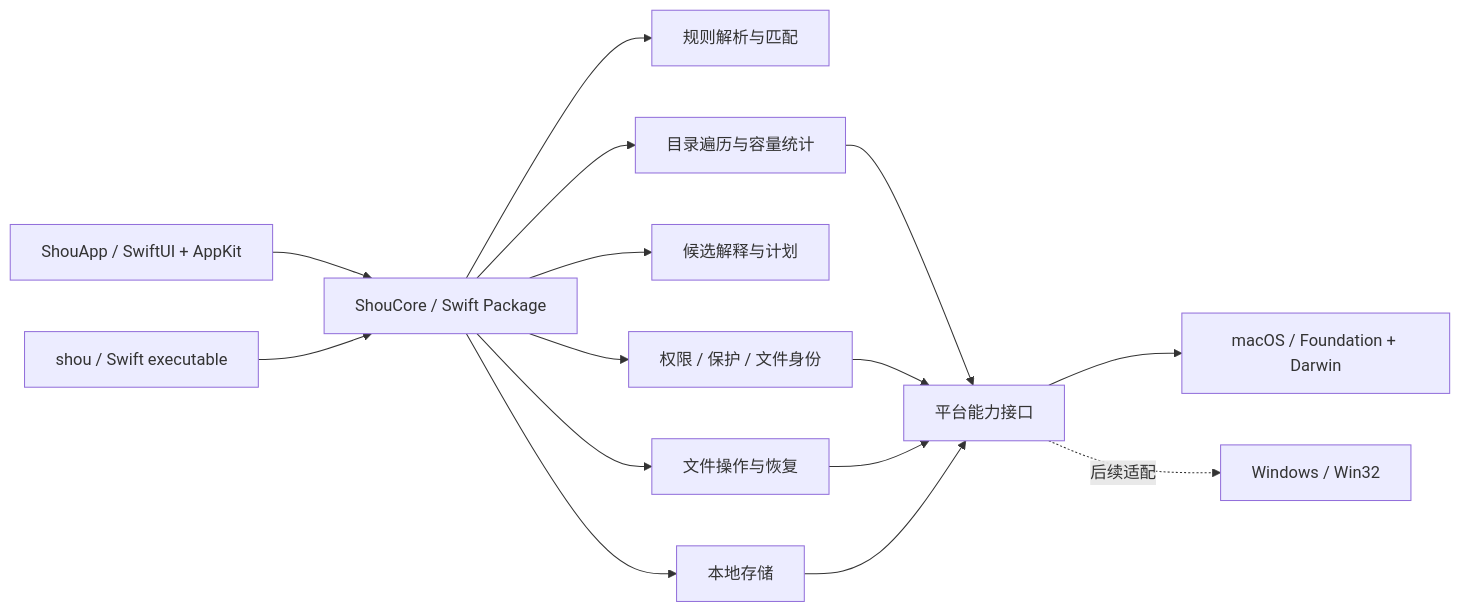
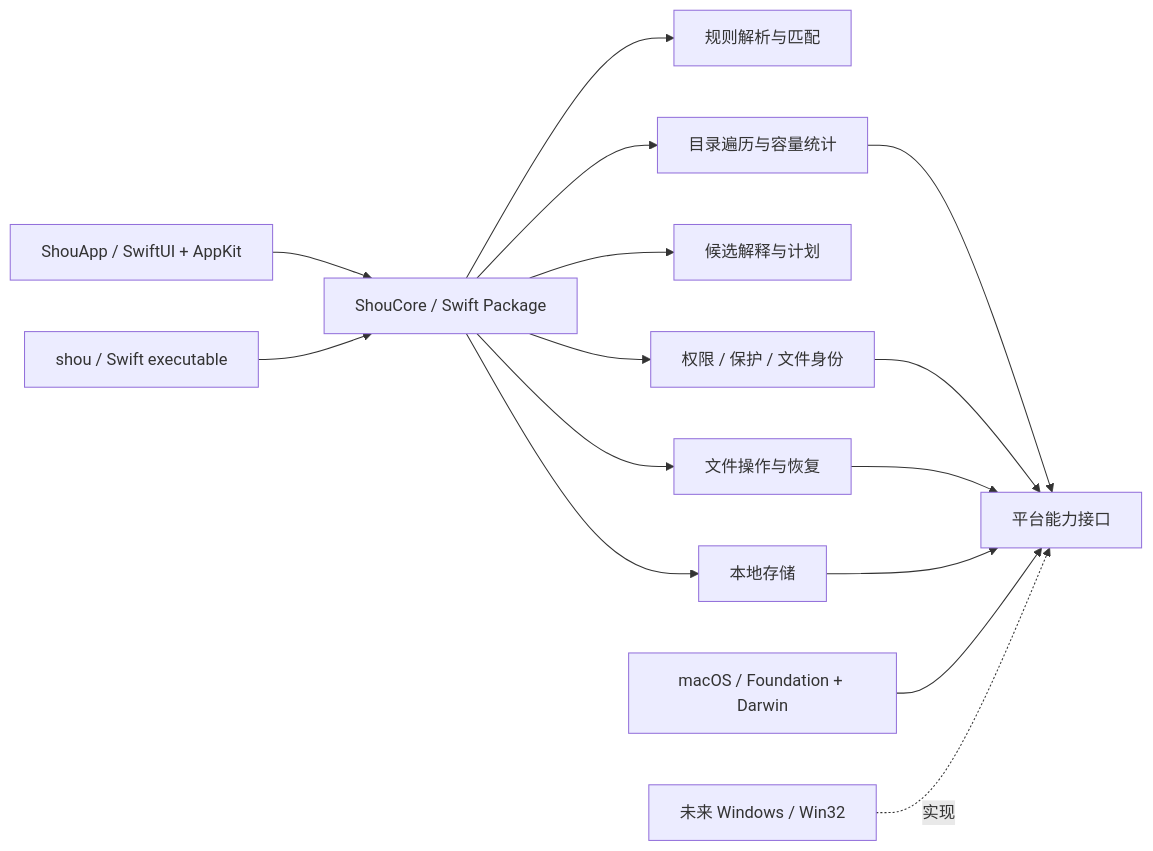
One commit to limecloud/shou changed the second of 3 diagrams in docs/zh-CN/architecture/system-design.md. Above: the diagram before and after it, drawn with Mermaid. The commit also changed other lines of this file and 136 other files, not shown here.

````diff
--- a/docs/zh-CN/architecture/system-design.md
+++ b/docs/zh-CN/architecture/system-design.md
@@ -42,17 +42,17 @@
 ```mermaid
 flowchart LR
     App[ShouApp / SwiftUI + AppKit] --> Core[ShouCore / Swift Package]
     CLI[shou / Swift executable] --> Core
     Core --> Rules[规则解析与匹配]
     Core --> Scanner[目录遍历与容量统计]
     Core --> Planner[候选解释与计划]
     Core --> Safety[权限 / 保护 / 文件身份]
     Core --> Executor[文件操作与恢复]
     Core --> Persistence[本地存储]
     Scanner --> Platform[平台能力接口]
     Safety --> Platform
     Executor --> Platform
     Persistence --> Platform
-    Platform --> Mac[macOS / Foundation + Darwin]
-    Platform -.后续适配.-> Win[Windows / Win32]
+    Mac[macOS / Foundation + Darwin] --> Platform
+    Win[未来 Windows / Win32] -.实现.-> Platform
 ```
````
